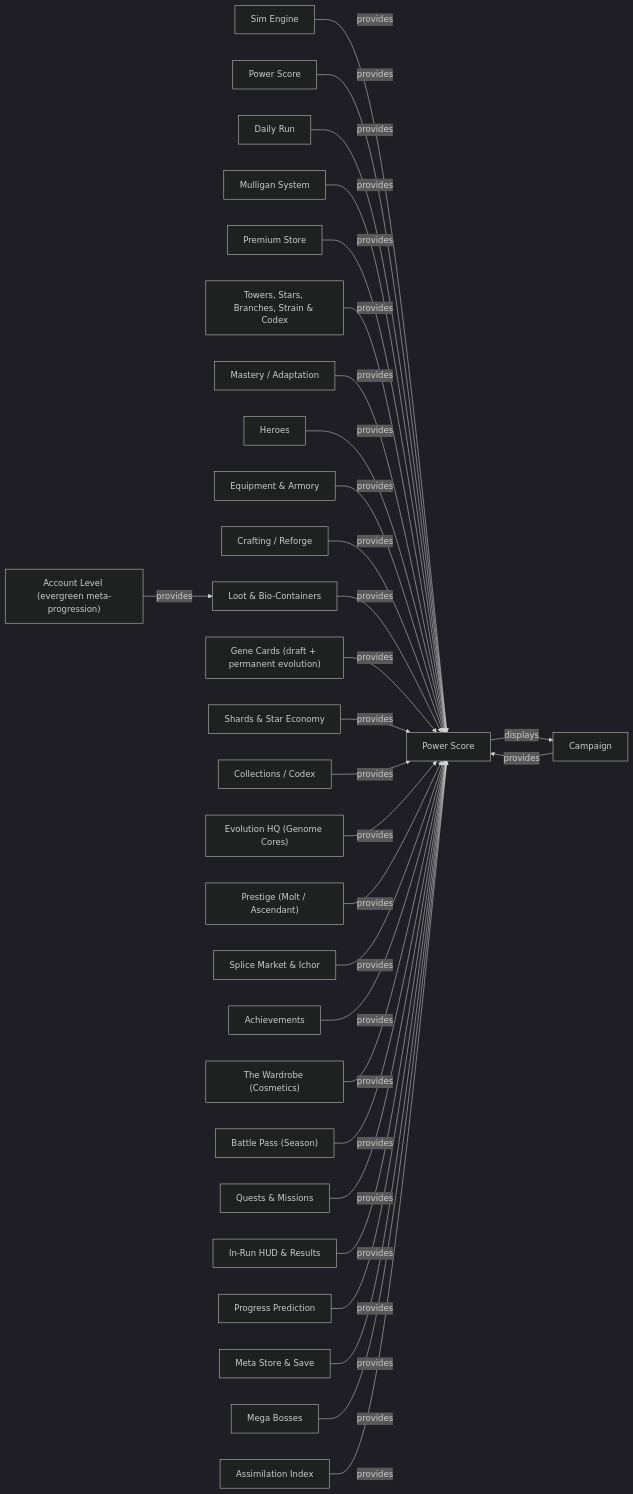
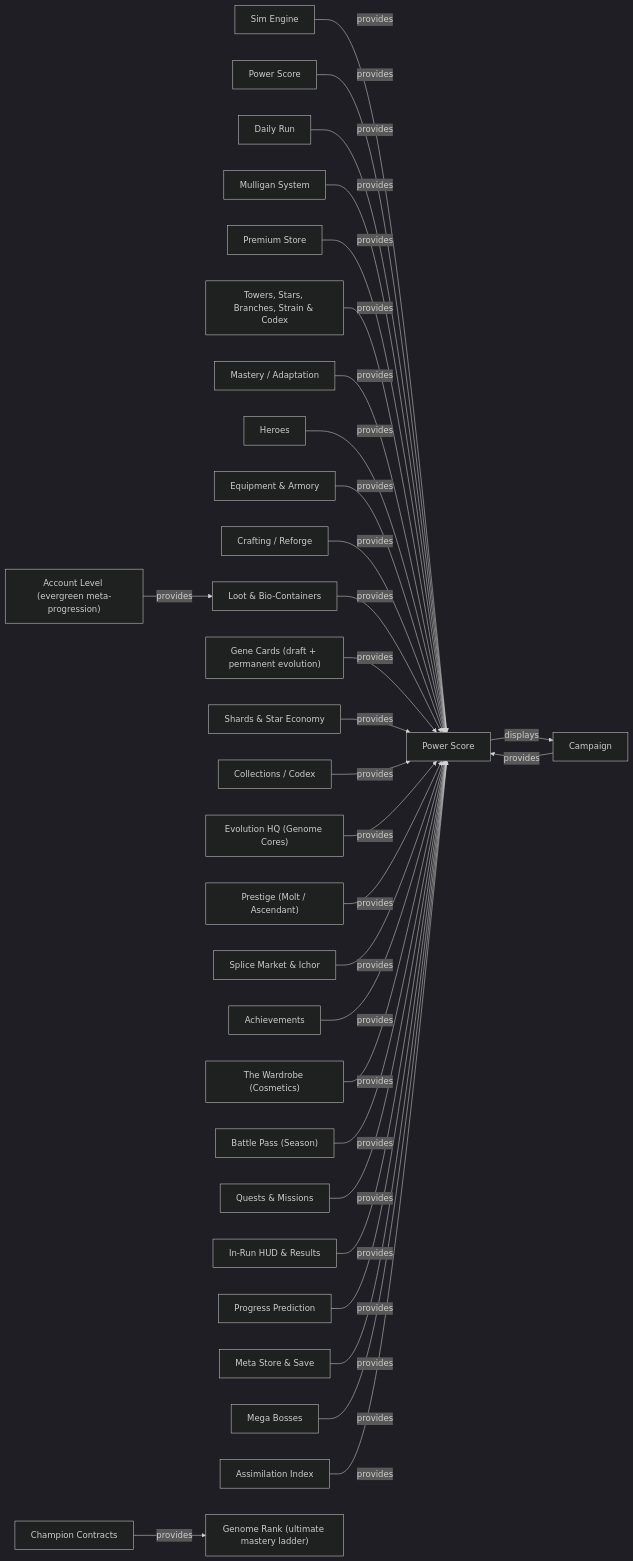
The second of 4 diagrams in docs/DIL_GRAPH.md (jathanalston-ship-it/TowerDefenseGame), drawn with Mermaid (dark theme) before and after one commit. The commit also changed other lines of this file and 23 other files, not shown here.

First line of the commit message:
Champion Contracts overhaul: 14-verb vocabulary, 8-week pool, Perfect Week, near-misses

````diff
--- a/docs/DIL_GRAPH.md
+++ b/docs/DIL_GRAPH.md
@@ -129,32 +131,33 @@
 ```mermaid
 graph LR
   system_engine["Sim Engine"] -->|provides| concept_power_score["Power Score"]
   system_power["Power Score"] -->|provides| concept_power_score["Power Score"]
   system_campaign["Campaign"] -->|provides| concept_power_score["Power Score"]
   system_daily["Daily Run"] -->|provides| concept_power_score["Power Score"]
   system_mulligans["Mulligan System"] -->|provides| concept_power_score["Power Score"]
   system_premium["Premium Store"] -->|provides| concept_power_score["Power Score"]
   system_towers["Towers, Stars, Branches, Strain & Codex"] -->|provides| concept_power_score["Power Score"]
   system_mastery["Mastery / Adaptation"] -->|provides| concept_power_score["Power Score"]
   system_heroes["Heroes"] -->|provides| concept_power_score["Power Score"]
   system_equipment["Equipment & Armory"] -->|provides| concept_power_score["Power Score"]
   system_crafting["Crafting / Reforge"] -->|provides| concept_power_score["Power Score"]
   system_loot["Loot & Bio-Containers"] -->|provides| concept_power_score["Power Score"]
   system_gene_cards["Gene Cards (draft + permanent evolution)"] -->|provides| concept_power_score["Power Score"]
   system_shards_economy["Shards & Star Economy"] -->|provides| concept_power_score["Power Score"]
   system_collection["Collections / Codex"] -->|provides| concept_power_score["Power Score"]
   system_evolution_hq["Evolution HQ (Genome Cores)"] -->|provides| concept_power_score["Power Score"]
   system_prestige["Prestige (Molt / Ascendant)"] -->|provides| concept_power_score["Power Score"]
   system_splice_market["Splice Market & Ichor"] -->|provides| concept_power_score["Power Score"]
   system_achievements["Achievements"] -->|provides| concept_power_score["Power Score"]
   system_cosmetics["The Wardrobe (Cosmetics)"] -->|provides| concept_power_score["Power Score"]
   system_battle_pass["Battle Pass (Season)"] -->|provides| concept_power_score["Power Score"]
   system_quests["Quests & Missions"] -->|provides| concept_power_score["Power Score"]
   system_run_ui["In-Run HUD & Results"] -->|provides| concept_power_score["Power Score"]
   system_prediction["Progress Prediction"] -->|provides| concept_power_score["Power Score"]
   system_meta_store["Meta Store & Save"] -->|provides| concept_power_score["Power Score"]
   system_mega_bosses["Mega Bosses"] -->|provides| concept_power_score["Power Score"]
   system_assimilation["Assimilation Index"] -->|provides| concept_power_score["Power Score"]
   concept_power_score["Power Score"] -->|displays| system_campaign["Campaign"]
   system_account_level["Account Level (evergreen meta-progression)"] -->|provides| system_loot["Loot & Bio-Containers"]
+  system_contracts["Champion Contracts"] -->|provides| system_genome_rank["Genome Rank (ultimate mastery ladder)"]
 ```
````
